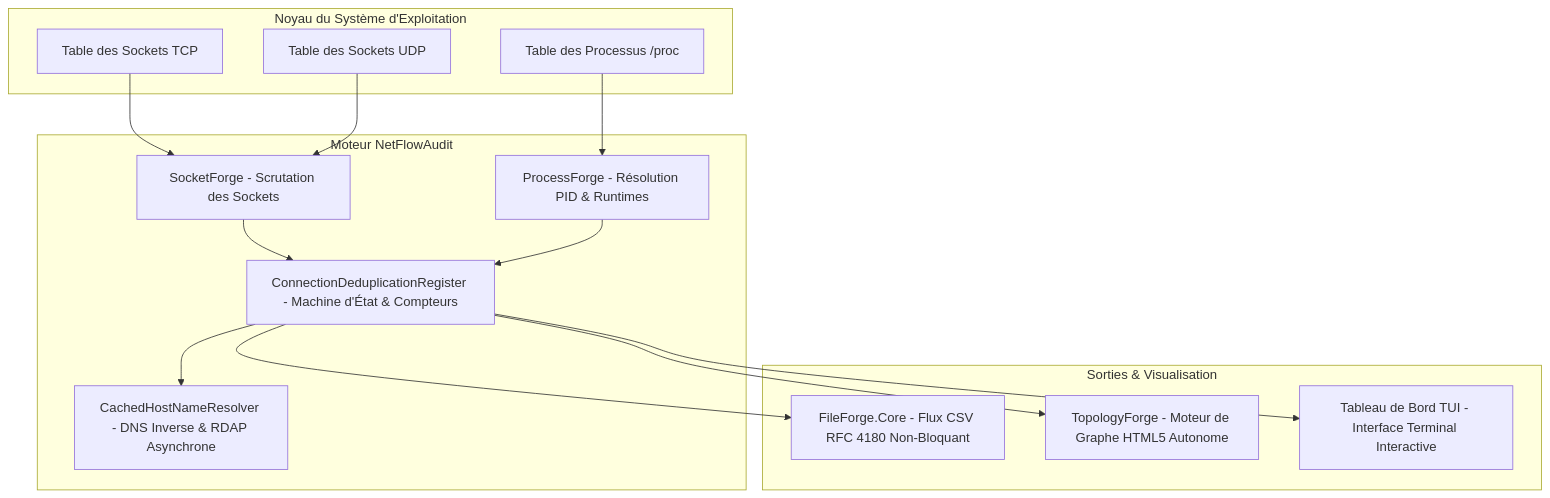
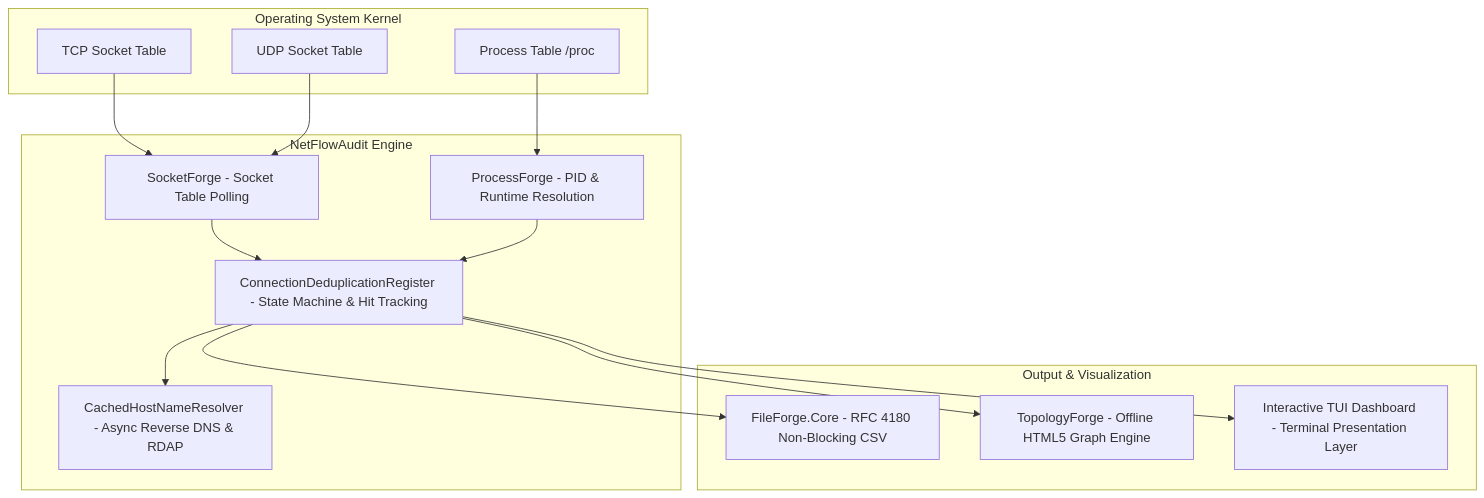
The first of 3 diagrams in docs/architecture.md (cedric-labs/NetFlowAudit), drawn with Mermaid before and after one commit. The commit also changed other lines of this file and 6 other files, not shown here.

````diff
--- a/docs/architecture.md
+++ b/docs/architecture.md
@@ -11,31 +11,31 @@
 ```mermaid
 flowchart TD
-    subgraph OS_Kernel["Noyau du Système d'Exploitation"]
-        TCP["Table des Sockets TCP"]
-        UDP["Table des Sockets UDP"]
-        PROC["Table des Processus /proc"]
+    subgraph OS_Kernel["Operating System Kernel"]
+        TCP["TCP Socket Table"]
+        UDP["UDP Socket Table"]
+        PROC["Process Table /proc"]
     end
 
-    subgraph NetFlowAudit_Core["Moteur NetFlowAudit"]
-        SF["SocketForge - Scrutation des Sockets"]
-        PF["ProcessForge - Résolution PID & Runtimes"]
-        DEDUP["ConnectionDeduplicationRegister - Machine d'État & Compteurs"]
-        DNS["CachedHostNameResolver - DNS Inverse & RDAP Asynchrone"]
+    subgraph NetFlowAudit_Core["NetFlowAudit Engine"]
+        SF["SocketForge - Socket Table Polling"]
+        PF["ProcessForge - PID & Runtime Resolution"]
+        DEDUP["ConnectionDeduplicationRegister - State Machine & Hit Tracking"]
+        DNS["CachedHostNameResolver - Async Reverse DNS & RDAP"]
     end
 
-    subgraph Persistence_Presentation["Sorties & Visualisation"]
-        FF["FileForge.Core - Flux CSV RFC 4180 Non-Bloquant"]
-        TF["TopologyForge - Moteur de Graphe HTML5 Autonome"]
-        TUI["Tableau de Bord TUI - Interface Terminal Interactive"]
+    subgraph Persistence_Presentation["Output & Visualization"]
+        FF["FileForge.Core - RFC 4180 Non-Blocking CSV"]
+        TF["TopologyForge - Offline HTML5 Graph Engine"]
+        TUI["Interactive TUI Dashboard - Terminal Presentation Layer"]
     end
 
     TCP --> SF
     UDP --> SF
     PROC --> PF
     SF --> DEDUP
     PF --> DEDUP
     DEDUP --> DNS
     DEDUP --> FF
     DEDUP --> TF
     DEDUP --> TUI
 ```
````
